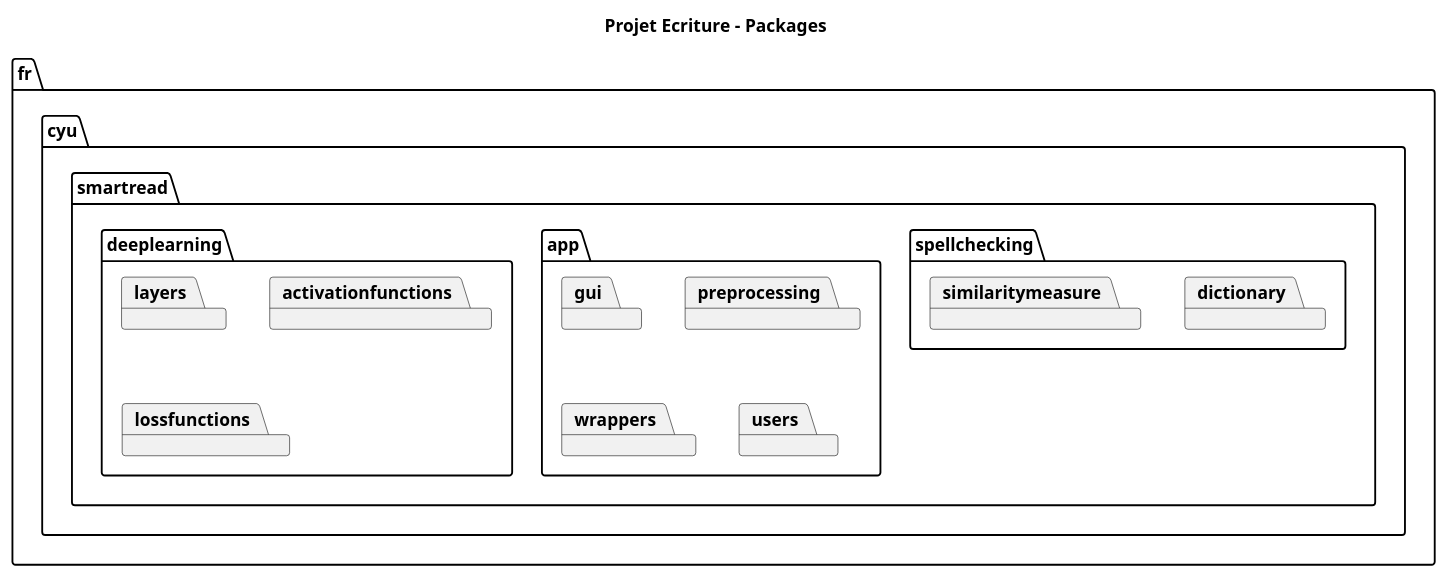
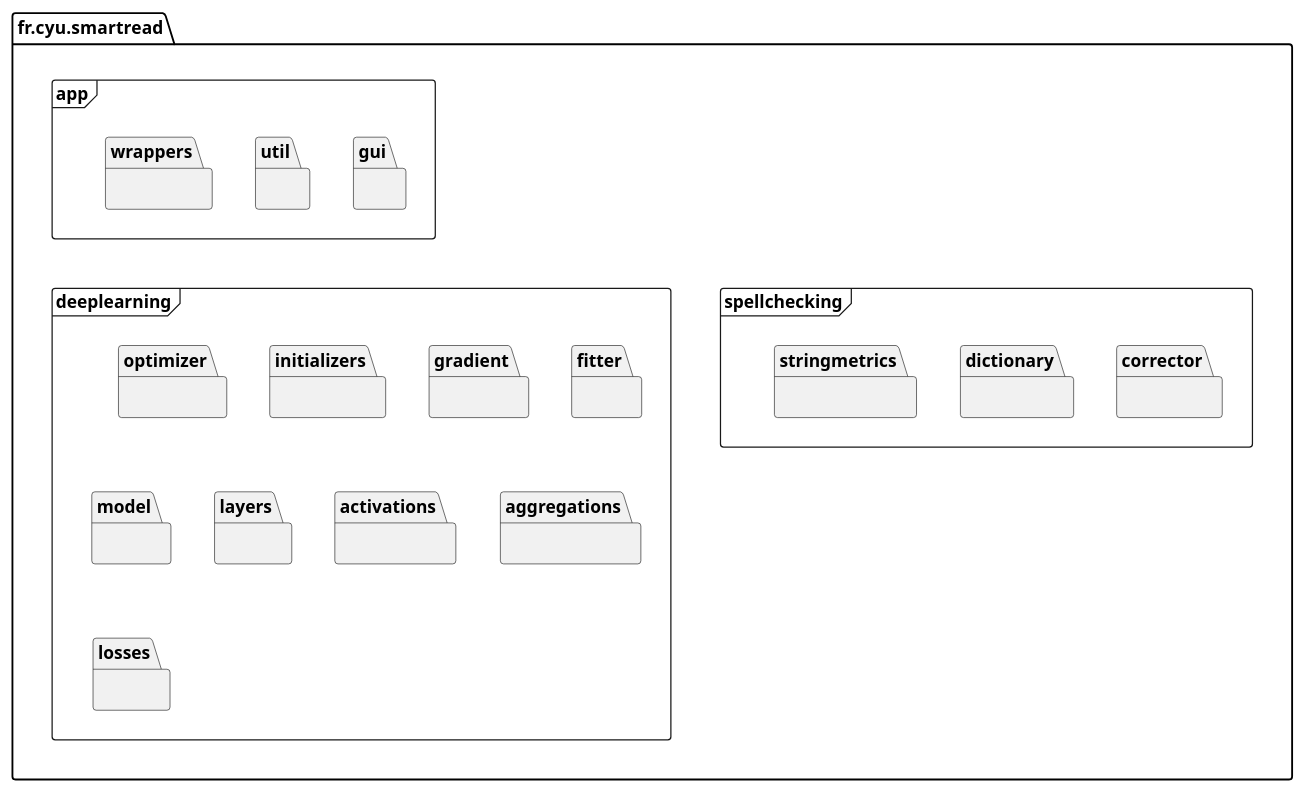
Before and after one commit to GzIrYsz/smart-read: the diagram in docs/diagrams/src/GLP_Ecriture_2023_packages.puml, drawn with PlantUML.

Commit message:
docs(uml): modify package diagram

```diff
--- a/docs/diagrams/src/GLP_Ecriture_2023_packages.puml
+++ b/docs/diagrams/src/GLP_Ecriture_2023_packages.puml
@@ -1,30 +1,45 @@
 @startuml "GLP_Ecriture_2023_packages"
 
 skinparam linetype ortho
 'skinparam ClassAtributeIconSize 0
 
-set namespaceSeparator .
-
-title Projet Ecriture - Packages
+set namespaceSeparator :
 
 package fr.cyu.smartread {
-    package spellchecking {
-        package dictionary
-        package similaritymeasure
+    package spellchecking <<Frame>> {
+        package corrector {}
+        package dictionary {}
+        package stringmetrics {}
     }
 
-    package app {
-        package gui
-        package preprocessing
-        package wrappers
-        package users
+    package app <<Frame>> {
+        package gui {}
+        package util {}
+        package wrappers {}
     }
 
-    package deeplearning {
-        package layers
-        package activationfunctions
-        package lossfunctions
+    package deeplearning <<Frame>> {
+        package activations {}
+        package aggregations {}
+        package fitter {}
+        package gradient {}
+        package initializers {}
+        package layers {}
+        package losses {}
+        package model {}
+        package optimizer {}
+
+        initializers -[hidden]-> aggregations
+        aggregations -[hidden]l-> activations
+        activations -[hidden]d-> layers
+        layers -[hidden]l-> model
+        model -[hidden]-> losses
+        optimizer -[hidden]-> aggregations
+        activations -[hidden]l-> layers
     }
+
+    spellchecking -[hidden]l-> deeplearning
+    deeplearning -[hidden]u-> app
 }   
 
 @enduml
```
